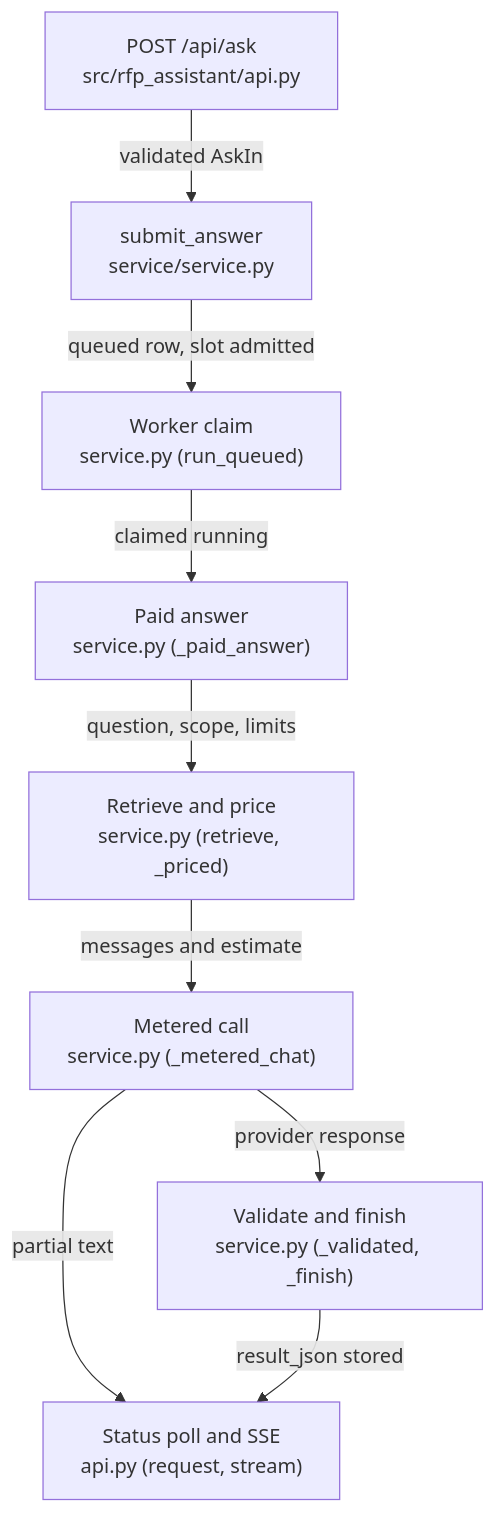
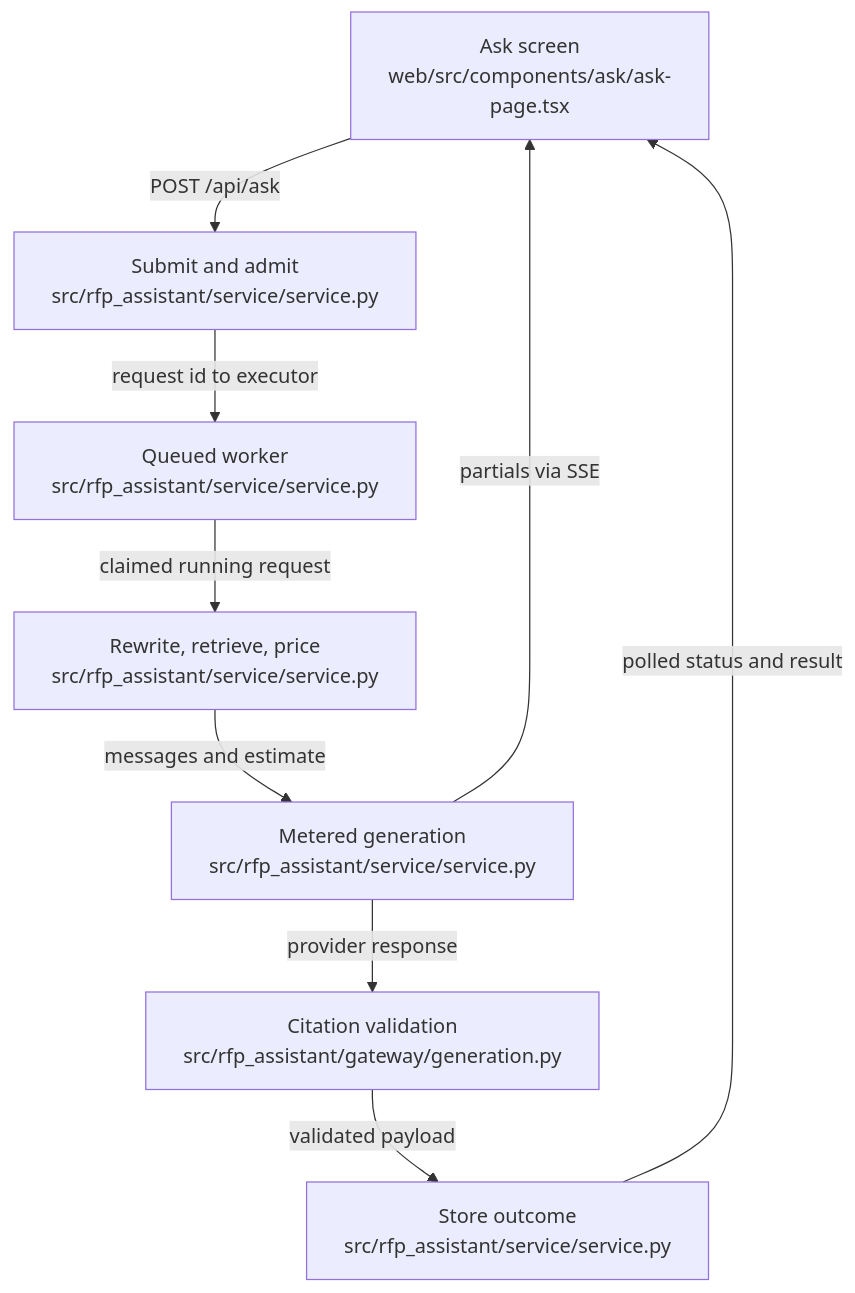
Before and after one commit to littleeeeebit/project-codeit-mid: the diagram in .omm/request-lifecycle/diagram.mmd, drawn with Mermaid. The commit also changed 400 other files, not shown here.

```diff
--- a/.omm/request-lifecycle/diagram.mmd
+++ b/.omm/request-lifecycle/diagram.mmd
@@ -1,9 +1,16 @@
 graph TD
-  ask-route["POST /api/ask\nsrc/rfp_assistant/api.py"] -->|validated AskIn| submit-answer["submit_answer\nservice/service.py"]
-  submit-answer -->|queued row, slot admitted| request-runner["Worker claim\nservice.py (run_queued)"]
-  request-runner -->|claimed running| paid-answer["Paid answer\nservice.py (_paid_answer)"]
-  paid-answer -->|question, scope, limits| retrieve-evidence["Retrieve and price\nservice.py (retrieve, _priced)"]
-  retrieve-evidence -->|messages and estimate| metered-chat["Metered call\nservice.py (_metered_chat)"]
-  metered-chat -->|provider response| validate-finish["Validate and finish\nservice.py (_validated, _finish)"]
-  metered-chat -->|partial text| status-and-stream["Status poll and SSE\napi.py (request, stream)"]
-  validate-finish -->|result_json stored| status-and-stream
+  ask["Ask screen\nweb/src/components/ask/ask-page.tsx"]
+  admit["Submit and admit\nsrc/rfp_assistant/service/service.py"]
+  worker["Queued worker\nsrc/rfp_assistant/service/service.py"]
+  prepare["Rewrite, retrieve, price\nsrc/rfp_assistant/service/service.py"]
+  generate["Metered generation\nsrc/rfp_assistant/service/service.py"]
+  validate["Citation validation\nsrc/rfp_assistant/gateway/generation.py"]
+  finish["Store outcome\nsrc/rfp_assistant/service/service.py"]
+  ask -->|POST /api/ask| admit
+  admit -->|request id to executor| worker
+  worker -->|claimed running request| prepare
+  prepare -->|messages and estimate| generate
+  generate -->|partials via SSE| ask
+  generate -->|provider response| validate
+  validate -->|validated payload| finish
+  finish -->|polled status and result| ask
```
